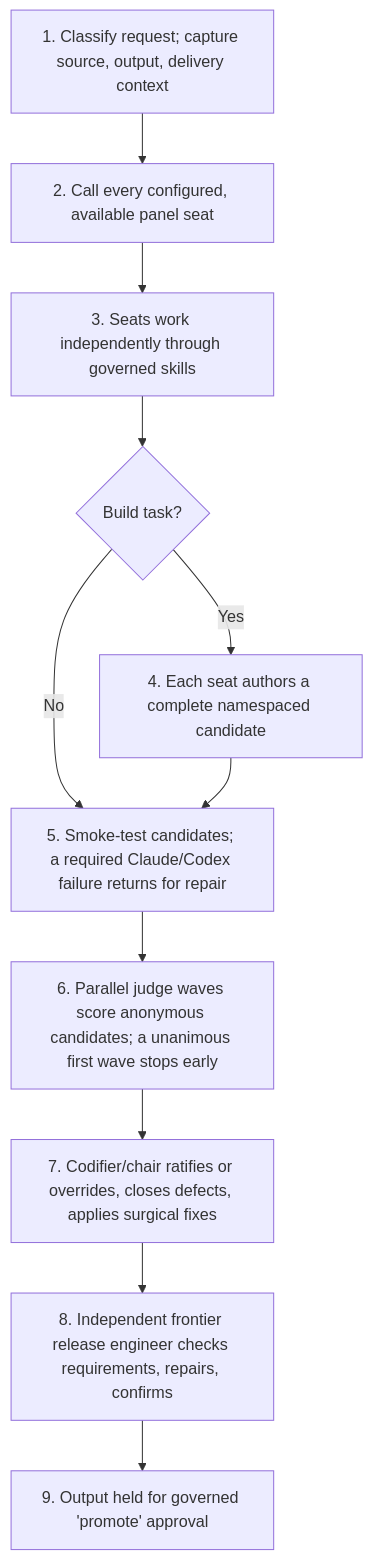
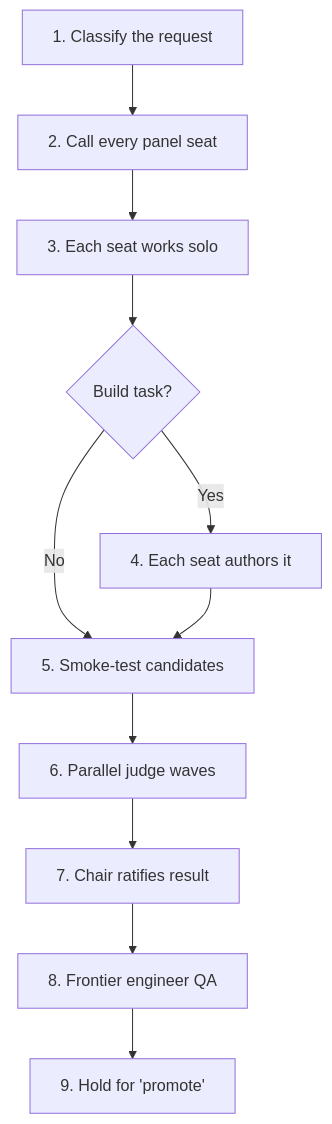
One commit to Digitalgods2/gangof8 changed the second of 3 diagrams in README.md. Above: the diagram before and after it, drawn with Mermaid. The commit also changed other lines of this file, not shown here.

First line of the commit message:
fix: shorten Mermaid labels to avoid GitHub's node-wrap clipping bug

````diff
--- a/README.md
+++ b/README.md
@@ -138,13 +134,13 @@
 ```mermaid
 flowchart TD
-    S1["`1. Classify request; capture source, output, delivery context`"] --> S2["`2. Call every configured, available panel seat`"]
-    S2 --> S3["`3. Seats work independently through governed skills`"]
-    S3 --> S4{"`Build task?`"}
-    S4 -->|Yes| S5["`4. Each seat authors a complete namespaced candidate`"]
+    S1["1. Classify the request"] --> S2["2. Call every panel seat"]
+    S2 --> S3["3. Each seat works solo"]
+    S3 --> S4{"Build task?"}
+    S4 -->|Yes| S5["4. Each seat authors it"]
     S4 -->|No| S6
-    S5 --> S6["`5. Smoke-test candidates; a required Claude/Codex failure returns for repair`"]
-    S6 --> S7["`6. Parallel judge waves score anonymous candidates; a unanimous first wave stops early`"]
-    S7 --> S8["`7. Codifier/chair ratifies or overrides, closes defects, applies surgical fixes`"]
-    S8 --> S9["`8. Independent frontier release engineer checks requirements, repairs, confirms`"]
-    S9 --> S10["`9. Output held for governed 'promote' approval`"]
+    S5 --> S6["5. Smoke-test candidates"]
+    S6 --> S7["6. Parallel judge waves"]
+    S7 --> S8["7. Chair ratifies result"]
+    S8 --> S9["8. Frontier engineer QA"]
+    S9 --> S10["9. Hold for 'promote'"]
 ```
````
